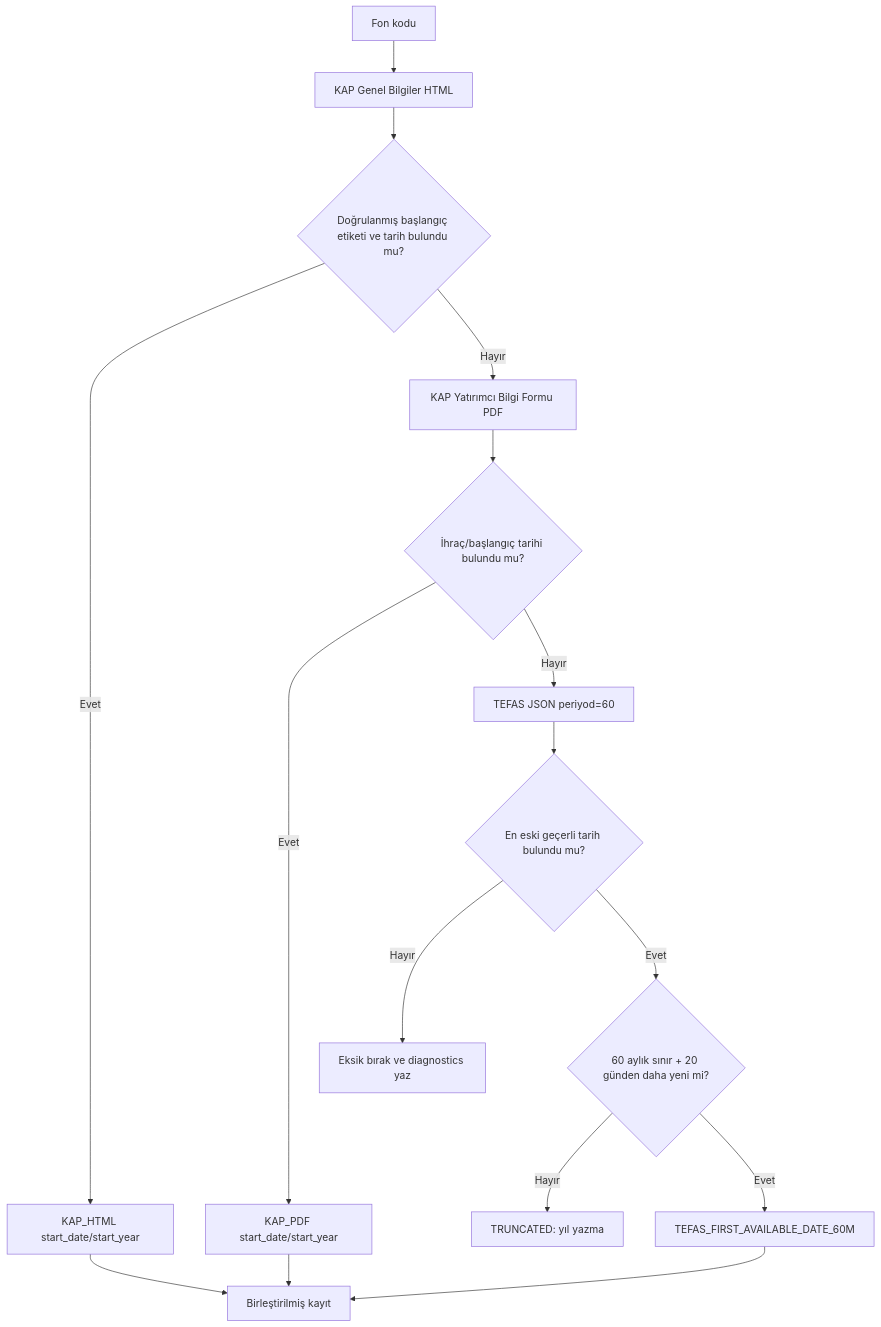
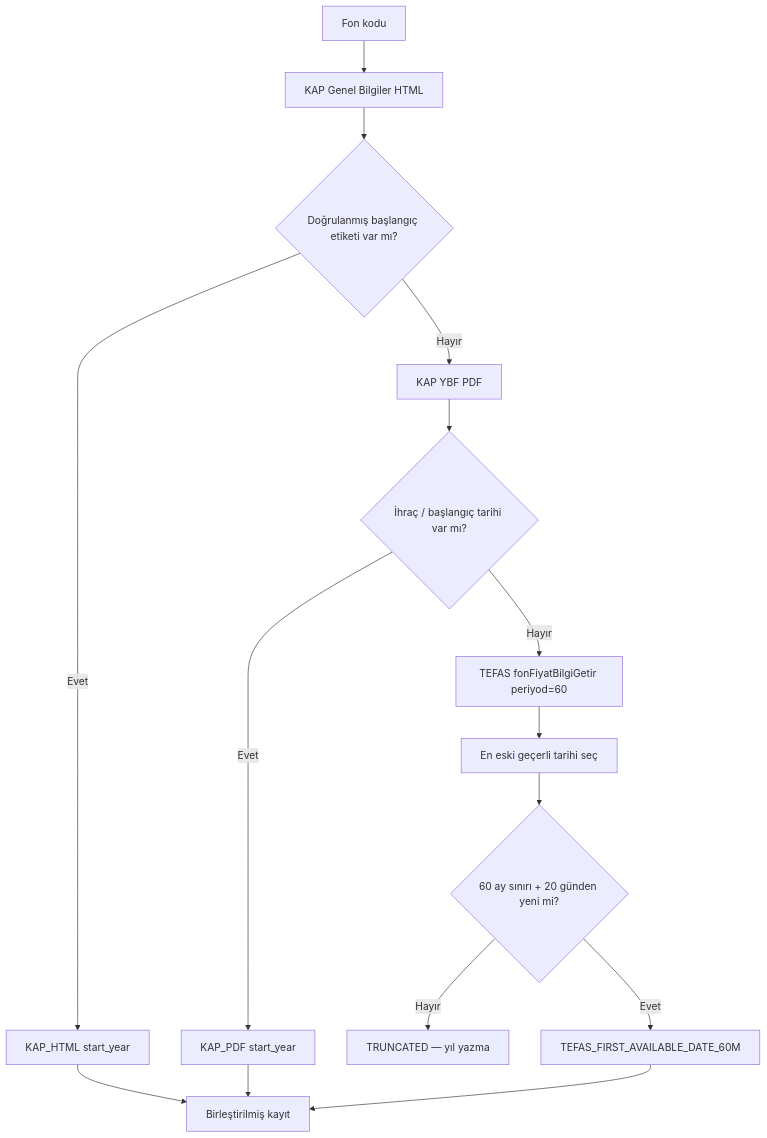
The fifth of 19 diagrams in README.md (egemenkarabulut/PiyasaNabzi-KAP-YAT), drawn with Mermaid before and after one commit. The commit also changed other lines of this file and 8 other files, not shown here.

````diff
--- a/README.md
+++ b/README.md
@@ -157,18 +177,17 @@
 ```mermaid
 flowchart TD
     A["Fon kodu"] --> B["KAP Genel Bilgiler HTML"]
-    B --> C{"Doğrulanmış başlangıç etiketi ve tarih bulundu mu?"}
-    C -- "Evet" --> D["KAP_HTML start_date/start_year"]
-    C -- "Hayır" --> E["KAP Yatırımcı Bilgi Formu PDF"]
-    E --> F{"İhraç/başlangıç tarihi bulundu mu?"}
-    F -- "Evet" --> G["KAP_PDF start_date/start_year"]
-    F -- "Hayır" --> H["TEFAS JSON periyod=60"]
-    H --> I{"En eski geçerli tarih bulundu mu?"}
-    I -- "Hayır" --> J["Eksik bırak ve diagnostics yaz"]
-    I -- "Evet" --> K{"60 aylık sınır + 20 günden daha yeni mi?"}
-    K -- "Hayır" --> L["TRUNCATED: yıl yazma"]
-    K -- "Evet" --> M["TEFAS_FIRST_AVAILABLE_DATE_60M"]
-    D --> N["Birleştirilmiş kayıt"]
-    G --> N
-    M --> N
+    B --> C{"Doğrulanmış başlangıç etiketi var mı?"}
+    C -- "Evet" --> D["KAP_HTML start_year"]
+    C -- "Hayır" --> E["KAP YBF PDF"]
+    E --> F{"İhraç / başlangıç tarihi var mı?"}
+    F -- "Evet" --> G["KAP_PDF start_year"]
+    F -- "Hayır" --> H["TEFAS fonFiyatBilgiGetir periyod=60"]
+    H --> I["En eski geçerli tarihi seç"]
+    I --> J{"60 ay sınırı + 20 günden yeni mi?"}
+    J -- "Hayır" --> K["TRUNCATED — yıl yazma"]
+    J -- "Evet" --> L["TEFAS_FIRST_AVAILABLE_DATE_60M"]
+    D --> M["Birleştirilmiş kayıt"]
+    G --> M
+    L --> M
 ```
````
